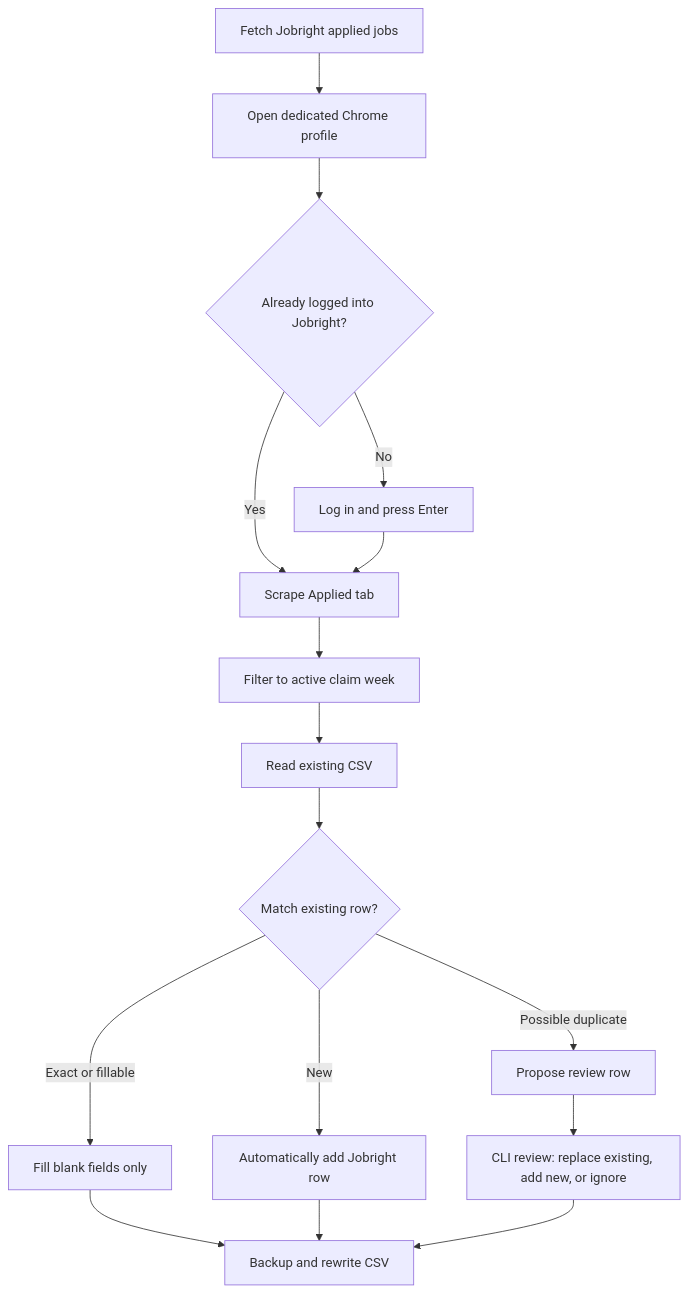
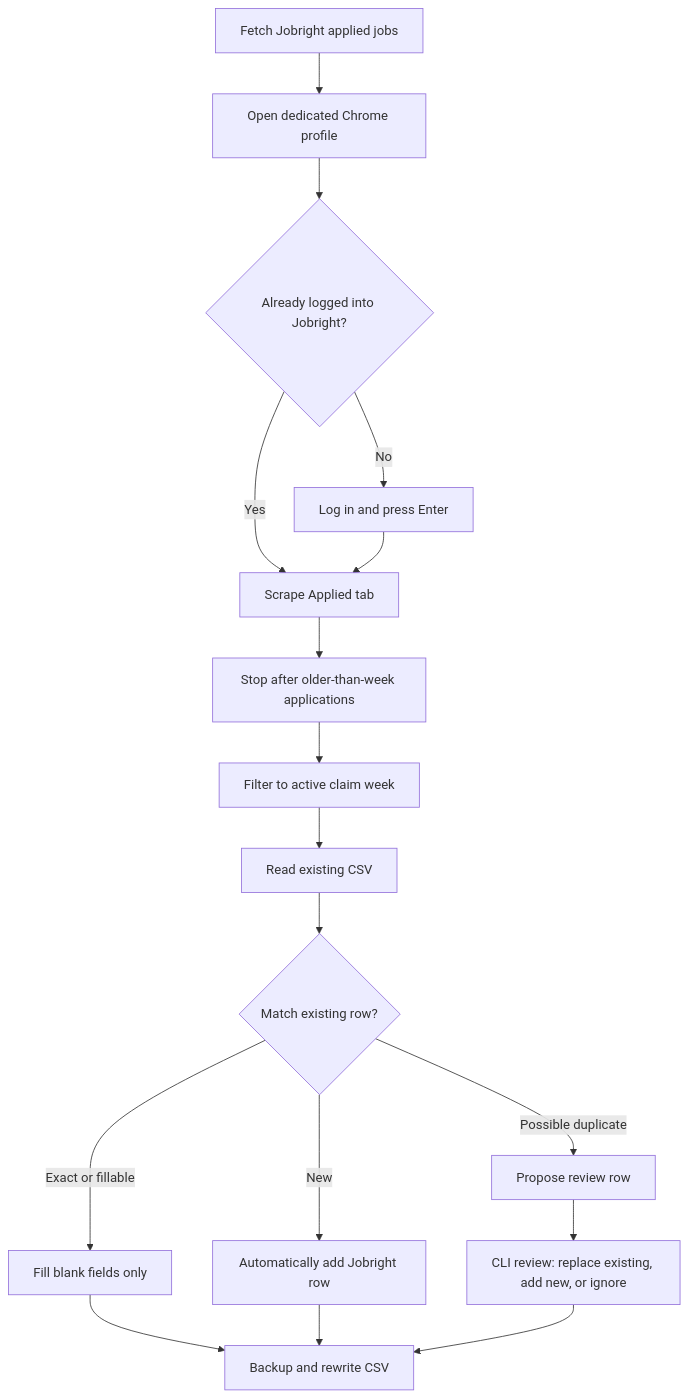
Before and after one commit to idahotallpaul/work-search-reporter: the third of 5 diagrams in README.md, drawn with Mermaid. The commit also changed other lines of this file and 1 other file, not shown here.

Commit message:
Stop Jobright scan after selected week

````diff
--- a/README.md
+++ b/README.md
@@ -188,18 +188,19 @@
 ```mermaid
 flowchart TD
   A["Fetch Jobright applied jobs"] --> B["Open dedicated Chrome profile"]
   B --> C{"Already logged into Jobright?"}
   C -->|No| D["Log in and press Enter"]
   C -->|Yes| E["Scrape Applied tab"]
   D --> E
-  E --> F["Filter to active claim week"]
+  E --> N["Stop after older-than-week applications"]
+  N --> F["Filter to active claim week"]
   F --> G["Read existing CSV"]
   G --> H{"Match existing row?"}
   H -->|Exact or fillable| I["Fill blank fields only"]
   H -->|Possible duplicate| J["Propose review row"]
   H -->|New| K["Automatically add Jobright row"]
   J --> M["CLI review: replace existing, add new, or ignore"]
   I --> L["Backup and rewrite CSV"]
   K --> L
   M --> L
 ```
````
